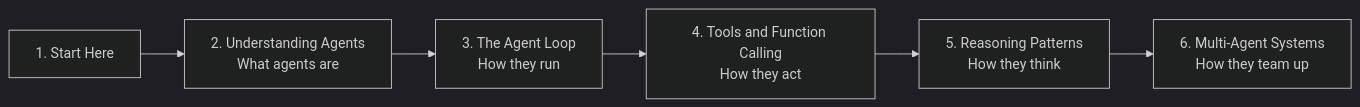
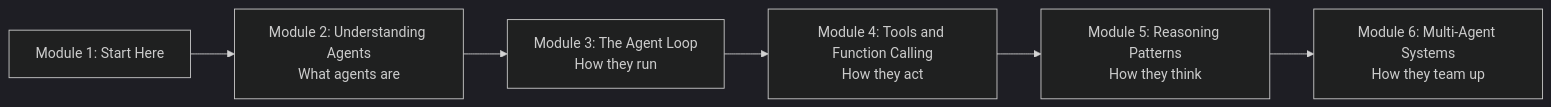
One commit to sourabh1996/sourabh1996.github.io changed the diagram in courses/agentic-ai-fundamentals/01-start-here/how-this-course-works.md. Above: the diagram before and after it, drawn with Mermaid (dark theme). The commit also changed 19 other files, not shown here.

First line of the commit message:
Write LangGraph Fundamentals modules 1-3 and fix numbered diagram labels

````diff
--- a/courses/agentic-ai-fundamentals/01-start-here/how-this-course-works.md
+++ b/courses/agentic-ai-fundamentals/01-start-here/how-this-course-works.md
@@ -37,8 +37,8 @@
 ```mermaid
 flowchart LR
-  A["1. Start Here"] --> B["2. Understanding Agents<br/>What agents are"]
-  B --> C["3. The Agent Loop<br/>How they run"]
-  C --> D["4. Tools and Function Calling<br/>How they act"]
-  D --> E["5. Reasoning Patterns<br/>How they think"]
-  E --> F["6. Multi-Agent Systems<br/>How they team up"]
+  A["Module 1: Start Here"] --> B["Module 2: Understanding Agents<br/>What agents are"]
+  B --> C["Module 3: The Agent Loop<br/>How they run"]
+  C --> D["Module 4: Tools and Function Calling<br/>How they act"]
+  D --> E["Module 5: Reasoning Patterns<br/>How they think"]
+  E --> F["Module 6: Multi-Agent Systems<br/>How they team up"]
 ```
````
